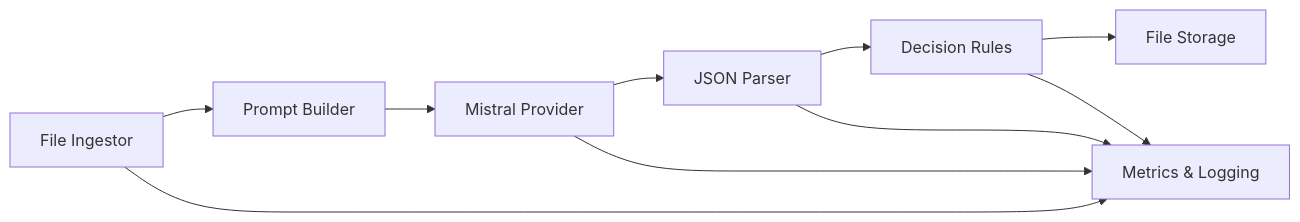
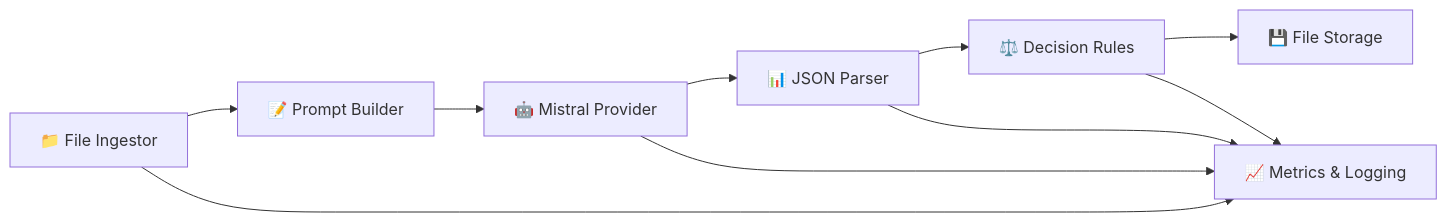
One commit to boijuny/vis2attr changed the diagram in README.md. Above: the diagram before and after it, drawn with Mermaid. The commit also changed other lines of this file and 2 other files, not shown here.

````diff
--- a/README.md
+++ b/README.md
@@ -40,12 +42,12 @@
 ```mermaid
 flowchart LR
-  A[File Ingestor] --> B[Prompt Builder]
-  B --> C[Mistral Provider]
-  C --> D[JSON Parser]
-  D --> E[Decision Rules]
-  E --> F[File Storage]
-  A --> G[Metrics & Logging]
+  A[📁 File Ingestor] --> B[📝 Prompt Builder]
+  B --> C[🤖 Mistral Provider]
+  C --> D[📊 JSON Parser]
+  D --> E[⚖️ Decision Rules]
+  E --> F[💾 File Storage]
+  A --> G[📈 Metrics & Logging]
   C --> G
   D --> G
   E --> G
 ```
````
